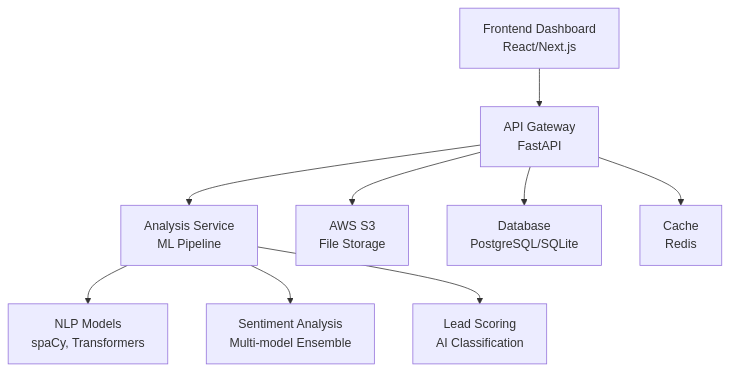
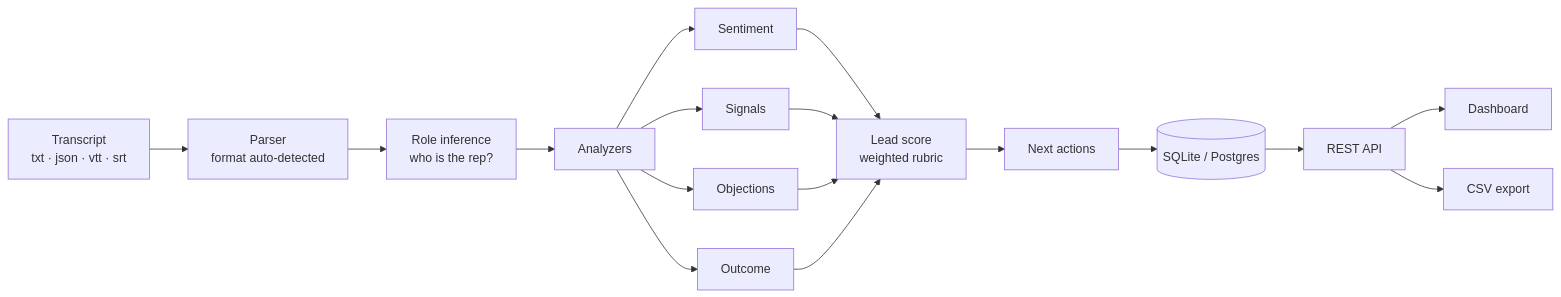
Before and after one commit to aaron-seq/ML-voice-lead-analysis: the diagram in README.md, drawn with Mermaid. The commit also changed other lines of this file and 141 other files, not shown here.

````diff
--- a/README.md
+++ b/README.md
@@ -143,11 +118,16 @@
 ```mermaid
-graph TB
-    A[Frontend Dashboard<br/>React/Next.js] --> B[API Gateway<br/>FastAPI]
-    B --> C[Analysis Service<br/>ML Pipeline]
-    B --> D[AWS S3<br/>File Storage]
-    B --> E[Database<br/>PostgreSQL/SQLite]
-    B --> F[Cache<br/>Redis]
-    C --> G[NLP Models<br/>spaCy, Transformers]
-    C --> H[Sentiment Analysis<br/>Multi-model Ensemble]
-    C --> I[Lead Scoring<br/>AI Classification]
+flowchart LR
+    A[Transcript<br/>txt · json · vtt · srt] --> B[Parser<br/>format auto-detected]
+    B --> C[Role inference<br/>who is the rep?]
+    C --> D[Analyzers]
+    D --> D1[Sentiment]
+    D --> D2[Signals]
+    D --> D3[Objections]
+    D --> D4[Outcome]
+    D1 & D2 & D3 & D4 --> E[Lead score<br/>weighted rubric]
+    E --> F[Next actions]
+    F --> G[(SQLite / Postgres)]
+    G --> H[REST API]
+    H --> I[Dashboard]
+    H --> J[CSV export]
 ```
````
